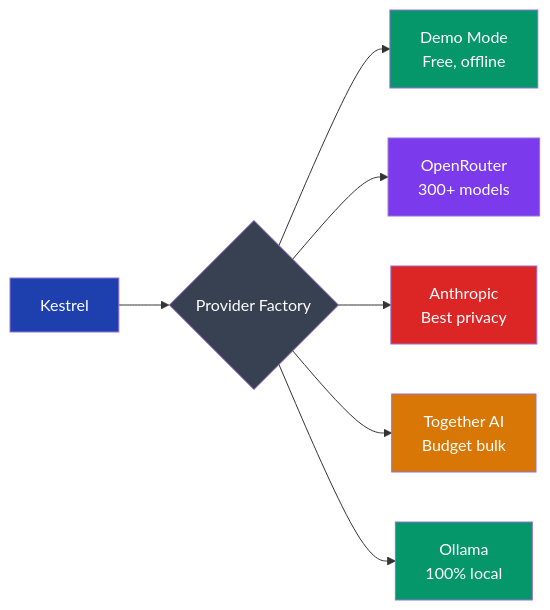
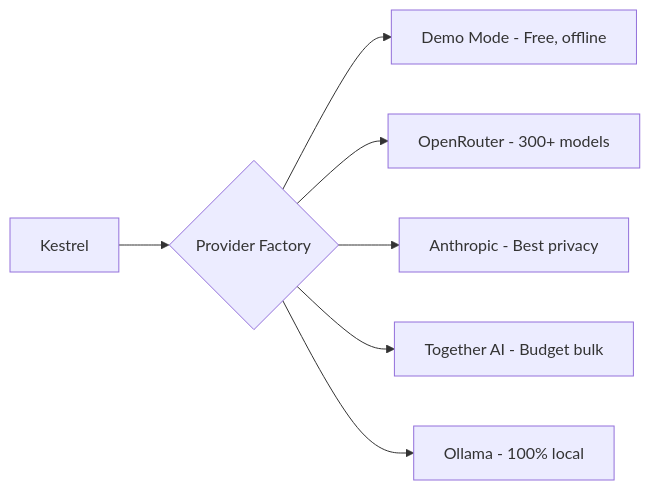
The diagram in docs/guides/ai-providers-guide.md (pleasedodisturb/kestrel), drawn with Mermaid before and after one commit. The commit also changed 6 other files, not shown here.

First line of the commit message:
fix(G-464): simplify Mermaid diagrams for GitHub rendering (#267)

````diff
--- a/docs/guides/ai-providers-guide.md
+++ b/docs/guides/ai-providers-guide.md
@@ -29,17 +29,9 @@
 ```mermaid
-graph LR
+flowchart LR
     K[Kestrel] --> F{Provider Factory}
-    F --> D[Demo Mode<br>Free, offline]
-    F --> OR[OpenRouter<br>300+ models]
-    F --> A[Anthropic<br>Best privacy]
-    F --> T[Together AI<br>Budget bulk]
-    F --> O[Ollama<br>100% local]
-
-    style K fill:#1e40af,color:#fff
-    style F fill:#374151,color:#fff
-    style D fill:#059669,color:#fff
-    style OR fill:#7c3aed,color:#fff
-    style A fill:#dc2626,color:#fff
-    style T fill:#d97706,color:#fff
-    style O fill:#059669,color:#fff
+    F --> D[Demo Mode - Free, offline]
+    F --> OR[OpenRouter - 300+ models]
+    F --> A[Anthropic - Best privacy]
+    F --> T[Together AI - Budget bulk]
+    F --> O[Ollama - 100% local]
 ```
````
